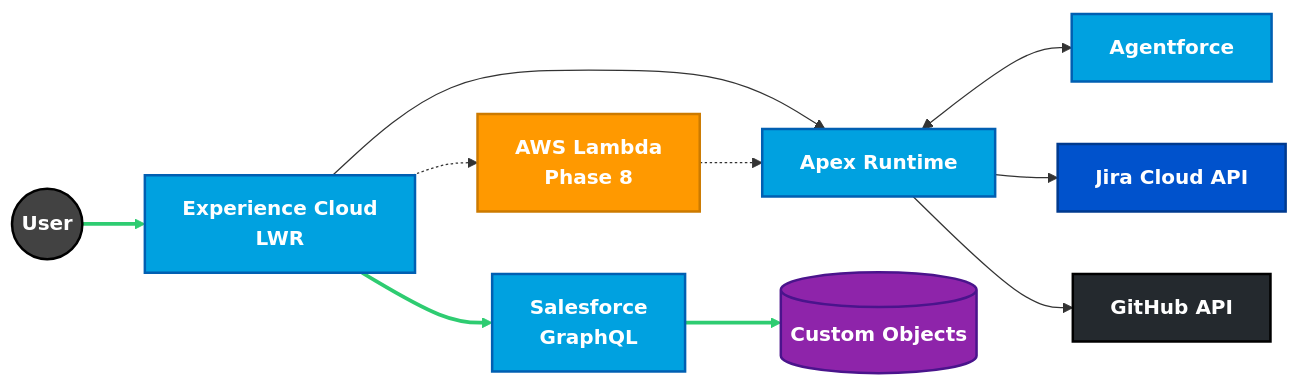
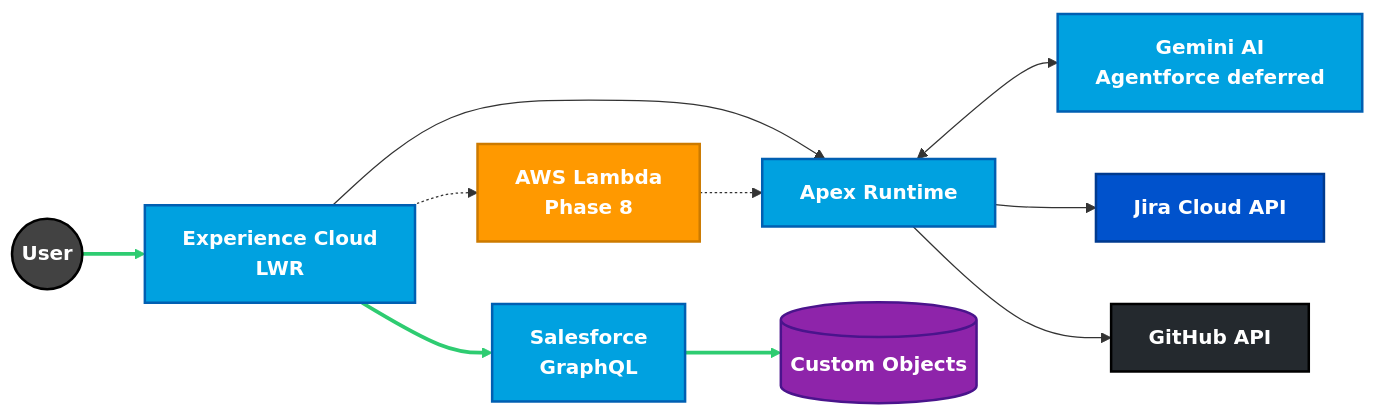
One commit to rdbumstead/salesforce-platform-architect-portfolio changed the diagram in README.md. Above: the diagram before and after it, drawn with Mermaid. The commit also changed other lines of this file and 1 other file, not shown here.

First line of the commit message:
docs: mark Agentforce deferred and add the evaluator curl flow

````diff
--- a/README.md
+++ b/README.md
@@ -199,47 +217,47 @@
 ```mermaid
 graph LR
     %%{init: {'flowchart': {'nodeSpacing': 50, 'rankSpacing': 50}}}%%
     %% ========= BRAND STYLES =========
     classDef user fill:#424242,stroke:#000000,stroke-width:2px,color:#ffffff,font-weight:bold;
     classDef sfdc fill:#00A1E0,stroke:#005FB2,stroke-width:2px,color:#ffffff,font-weight:bold;
     classDef aws fill:#FF9900,stroke:#CC7A00,stroke-width:2px,color:#ffffff,font-weight:bold;
     classDef jira fill:#0052CC,stroke:#003A8F,stroke-width:2px,color:#ffffff,font-weight:bold;
     classDef github fill:#24292E,stroke:#000000,stroke-width:2px,color:#ffffff,font-weight:bold;
     classDef data fill:#8E24AA,stroke:#4A148C,stroke-width:2px,color:#ffffff,font-weight:bold;
     classDef future fill:#FFF3E0,stroke:#FB8C00,stroke-width:2px,stroke-dasharray:5 5;
 
     %% ========= NODES =========
     User((User))
     LWR[Experience Cloud<br/>LWR]
     GQL[Salesforce<br/>GraphQL]
     Apex[Apex Runtime]
     DB[(Custom Objects)]
-    AI[Agentforce]
+    AI[Gemini AI<br/>Agentforce deferred]
     Jira[Jira Cloud API]
     GitHub[GitHub API]
     Lambda[AWS Lambda<br/>Phase 8]
 
     %% ========= FLOWS =========
     User --> LWR
     LWR --> GQL
     GQL --> DB
     LWR --> Apex
     Apex <--> AI
     Apex --> Jira
     Apex --> GitHub
 
     %% ========= FUTURE =========
     LWR -.-> Lambda
     Lambda -.-> Apex
 
     %% ========= APPLY STYLES =========
     class User user;
     class LWR,GQL,Apex,AI sfdc;
     class DB data;
     class Jira jira;
     class GitHub github;
     class Lambda aws;
 
     %% ========= CRITICAL PATH =========
     linkStyle 0,1,2 stroke:#2ECC71,stroke-width:3px;
 ```
````
